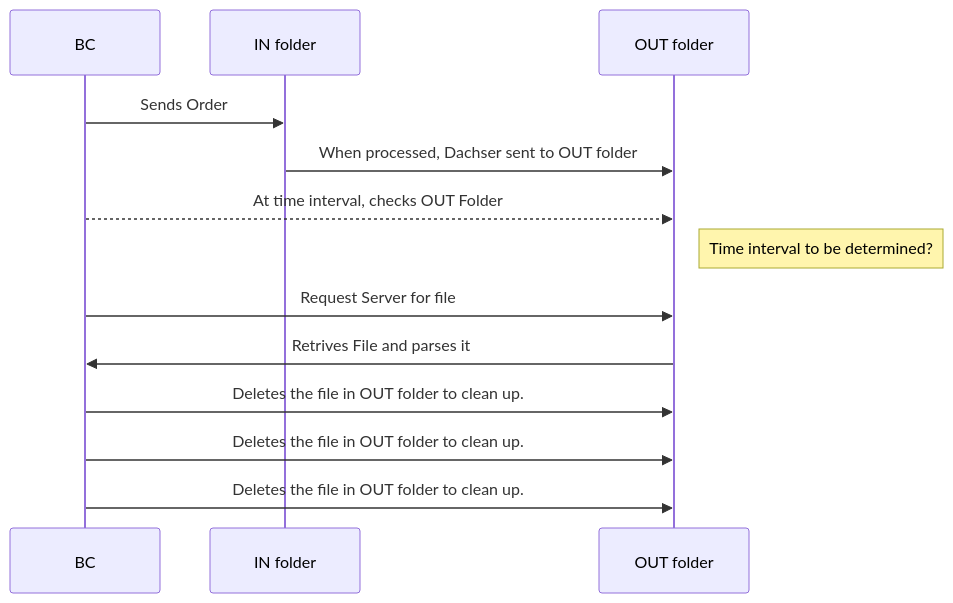
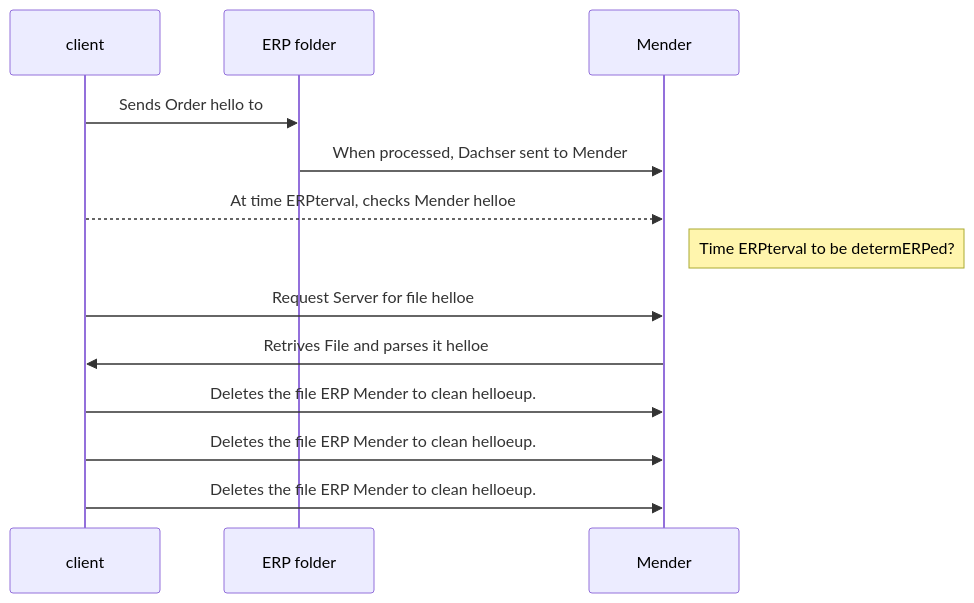
One commit to Frederik-VP/Scanomat-Production-Mender-IOT-HUb_Mermaid changed the diagram in readme.md. Above: the diagram before and after it, drawn with Mermaid. The commit also changed other lines of this file and 1 other file, not shown here.

Commit message:
2nd commit

````diff
--- a/readme.md
+++ b/readme.md
@@ -3,12 +6,20 @@
 ```mermaid
 sequenceDiagram
-    BC ->> IN folder: Sends Order
-    IN folder->> OUT folder: When processed, Dachser sent to OUT folder
-    BC -->> OUT folder: At time interval, checks OUT Folder
-    Note right of OUT folder: Time interval to be determined?
-    BC ->> OUT folder: Request Server for file
-    OUT folder ->> BC: Retrives File and parses it
-    BC ->> OUT folder: Deletes the file in OUT folder to clean up.
-    BC ->> OUT folder: Deletes the file in OUT folder to clean up.
-    BC ->> OUT folder: Deletes the file in OUT folder to clean up.
+    client ->> ERP folder: Sends Order hello to
+    
+    ERP folder->> Mender: When processed, Dachser sent to Mender
+    
+    client -->> Mender: At time ERPterval, checks Mender helloe
+    
+    Note right of Mender: Time ERPterval to be determERPed?
+    
+    client ->> Mender: Request Server for file helloe
+    
+    Mender ->> client: Retrives File and parses it helloe
+    
+    client ->> Mender: Deletes the file ERP Mender to clean  helloeup.
+    
+    client ->> Mender: Deletes the file ERP Mender to clean  helloeup.
+    
+    client ->> Mender: Deletes the file ERP Mender to clean  helloeup.
 ```
````
